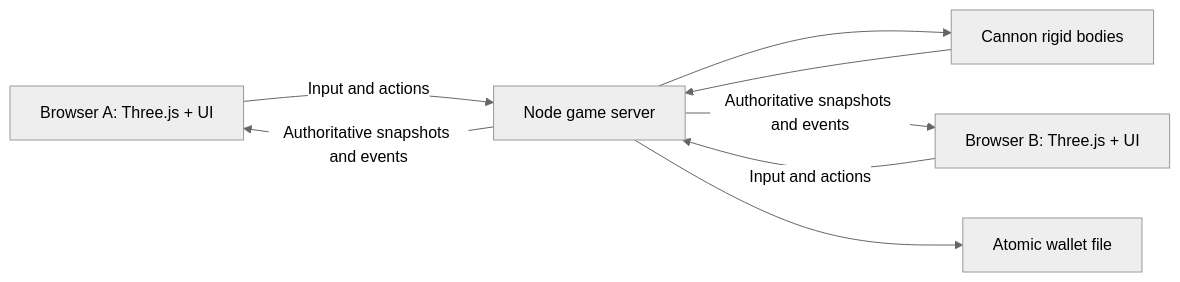
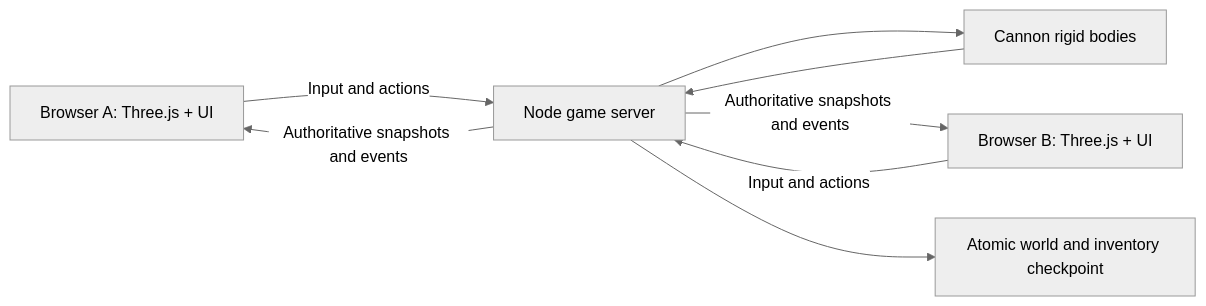
Before and after one commit to DevanMetz/openrp: the diagram in docs/ARCHITECTURE.md, drawn with Mermaid (neutral theme). The commit also changed other lines of this file and 24 other files, not shown here.

````diff
--- a/docs/ARCHITECTURE.md
+++ b/docs/ARCHITECTURE.md
@@ -9,10 +9,10 @@
 ```mermaid
 flowchart LR
     A[Browser A: Three.js + UI] -->|Input and actions| S[Node game server]
     B[Browser B: Three.js + UI] -->|Input and actions| S
     S --> P[Cannon rigid bodies]
     P --> S
     S -->|Authoritative snapshots and events| A
     S -->|Authoritative snapshots and events| B
-    S --> D[Atomic wallet file]
+    S --> D[Atomic world and inventory checkpoint]
 ```
````
